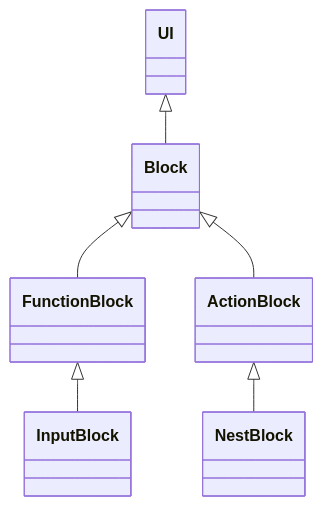
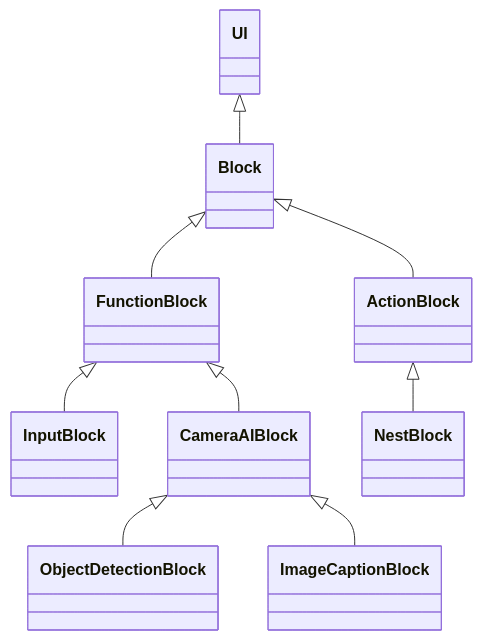
Before and after one commit to teatime77/uroa: the diagram in docs/diagram-implementation.md, drawn with Mermaid. The commit also changed other lines of this file and 18 other files, not shown here.

Commit message:
image caption

````diff
--- a/docs/diagram-implementation.md
+++ b/docs/diagram-implementation.md
@@ -56,8 +57,11 @@
 ```mermaid
 classDiagram
     UI <|-- Block
     Block <|-- FunctionBlock
     FunctionBlock <|-- InputBlock
+    FunctionBlock <|-- CameraAIBlock
+    CameraAIBlock <|-- ObjectDetectionBlock
+    CameraAIBlock <|-- ImageCaptionBlock
     Block <|-- ActionBlock
     ActionBlock <|-- NestBlock
 ```
````
